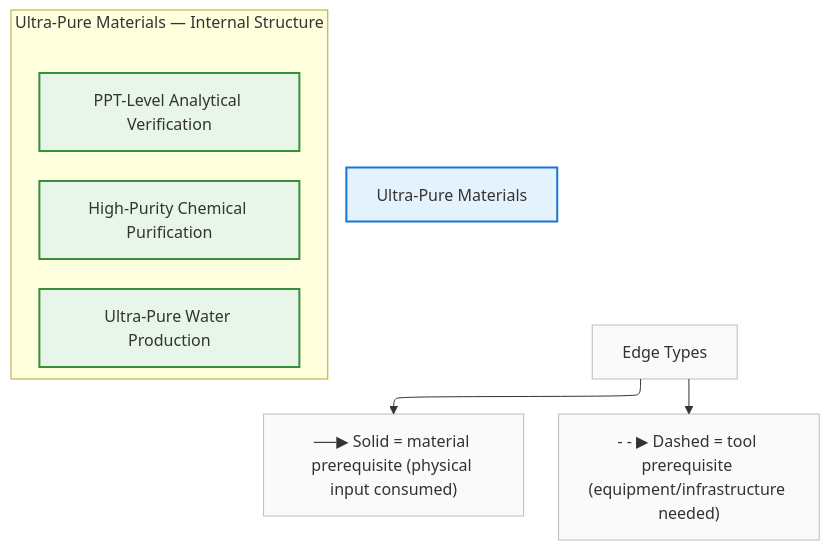
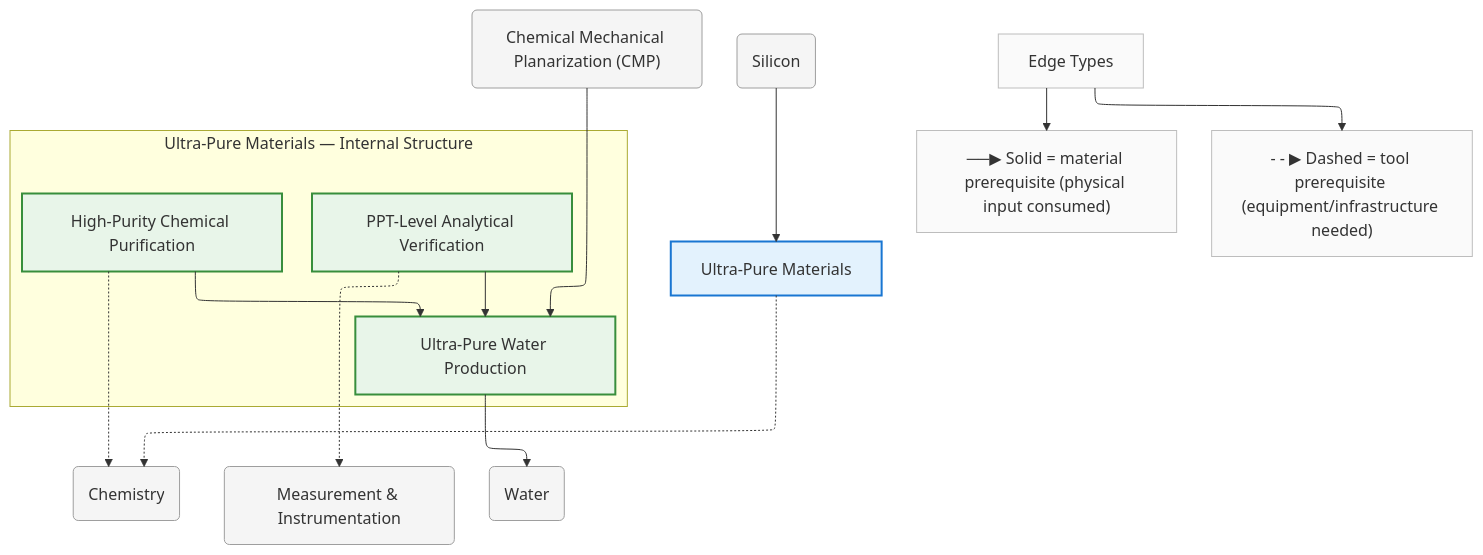
One commit to egofree/TechTree changed the diagram in diagrams/mermaid/ultra-pure.mmd. Above: the diagram before and after it, drawn with Mermaid. The commit also changed 30 other files, not shown here.

First line of the commit message:
chore: regenerate diagrams after content expansion

```diff
--- a/diagrams/mermaid/ultra-pure.mmd
+++ b/diagrams/mermaid/ultra-pure.mmd
@@ -1,38 +1,56 @@
 %%{init: {"flowchart": {"defaultRenderer": "elk", "htmlLabels": true}}}%%
 graph TD
     %% Domain: Ultra-Pure Materials
 
     %% ==================== INTERNAL NODES ====================
     subgraph ultra-pure_internal ["Ultra-Pure Materials — Internal Structure"]
         direction TB
         ultra-pure_analytical-verification["PPT-Level Analytical Verification"]
         ultra-pure_high-purity-chemicals["High-Purity Chemical Purification"]
         ultra-pure_upw["Ultra-Pure Water Production"]
     end
 
     %% ==================== DOMAIN NODE ====================
     ultra-pure["Ultra-Pure Materials"]
 
     %% ==================== EXTERNAL DEPENDENCIES ====================
+    chemistry("Chemistry")
+    measurement("Measurement & Instrumentation")
+    photolithography_fab-processes_cmp("Chemical Mechanical Planarization (CMP)")
+    silicon("Silicon")
+    water("Water")
 
     %% ==================== EDGES ====================
+    ultra-pure_analytical-verification --> ultra-pure_upw
+    ultra-pure_high-purity-chemicals --> ultra-pure_upw
+    photolithography_fab-processes_cmp --> ultra-pure_upw
+    silicon --> ultra-pure
+    ultra-pure_analytical-verification -.-> measurement
+    ultra-pure_high-purity-chemicals -.-> chemistry
+    ultra-pure_upw --> water
+    ultra-pure -.-> chemistry
 
     %% ==================== EDGE TYPE LEGEND ====================
     EdgeLegend["Edge Types"]
     EdgeLegend --> MatNote["──▶ Solid = material prerequisite (physical input consumed)"]
     EdgeLegend --> ToolNote["- - ▶ Dashed = tool prerequisite (equipment/infrastructure needed)"]
 
     %% ==================== STYLING ====================
     classDef domain fill:#e3f2fd,stroke:#1976d2,stroke-width:2px
     classDef capability fill:#e8f5e9,stroke:#388e3c,stroke-width:2px
     classDef process fill:#fff3e0,stroke:#f57c00,stroke-width:2px
     classDef critical fill:#fff3e0,stroke:#f57c00,stroke-width:3px
     classDef earlyWin fill:#e8f5e9,stroke:#388e3c,stroke-width:3px
     classDef pinnacle fill:#fce4ec,stroke:#c62828,stroke-width:3px
     classDef external fill:#f5f5f5,stroke:#9e9e9e,stroke-width:1px
     classDef legend fill:#fafafa,stroke:#bdbdbd,stroke-width:1px
     class ultra-pure domain
     class ultra-pure_analytical-verification capability
     class ultra-pure_high-purity-chemicals capability
     class ultra-pure_upw capability
+    class chemistry external
+    class measurement external
+    class photolithography_fab-processes_cmp external
+    class silicon external
+    class water external
     class EdgeLegend,MatNote,ToolNote legend
```
